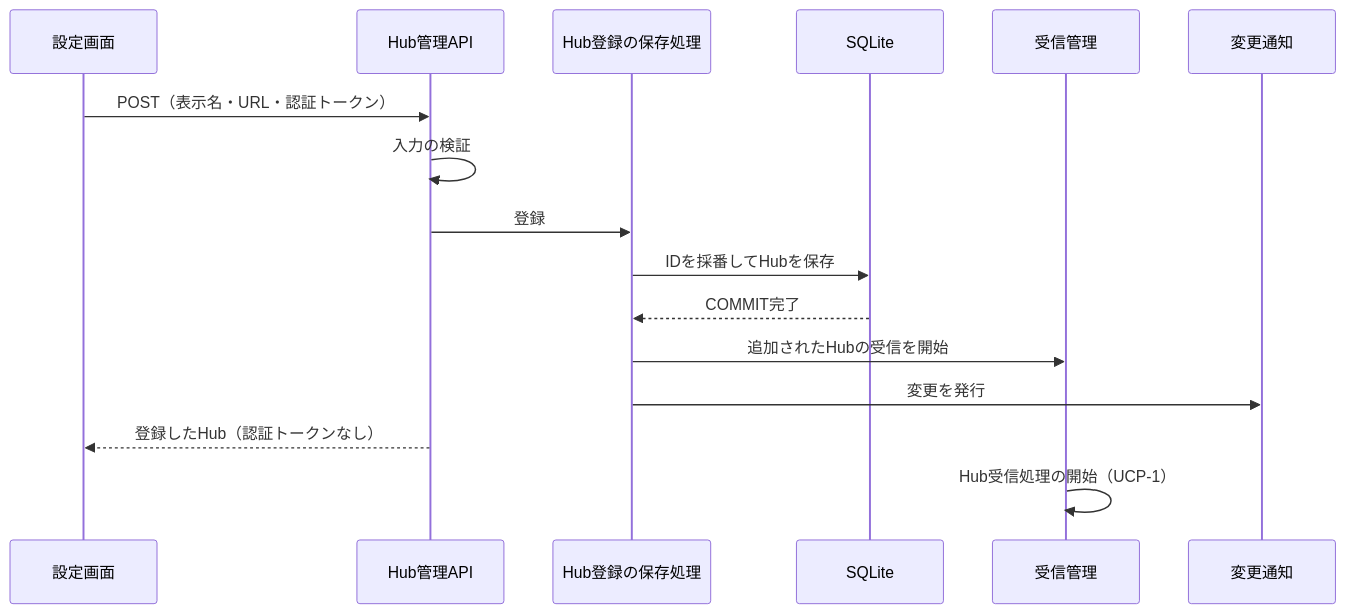
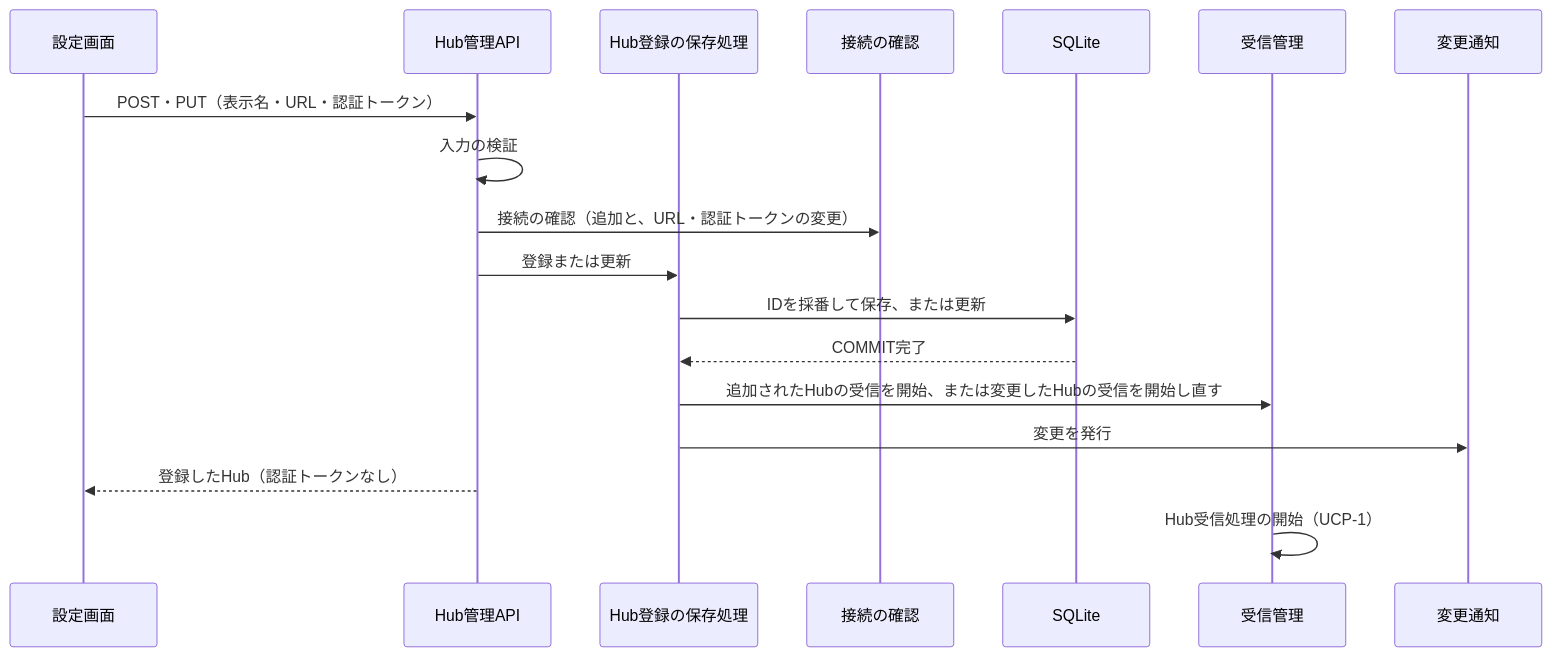
Before and after one commit to nuitsjp/multi-token-monitor: the diagram in docs/design/UCP-4.md, drawn with Mermaid. The commit also changed other lines of this file and 12 other files, not shown here.

````diff
--- a/docs/design/UCP-4.md
+++ b/docs/design/UCP-4.md
@@ -12,18 +13,20 @@
 ```mermaid
 sequenceDiagram
   participant P as 設定画面
   participant A as Hub管理API
   participant S as Hub登録の保存処理
+  participant C as 接続の確認
   participant D as SQLite
   participant M as 受信管理
   participant N as 変更通知
-  P->>A: POST（表示名・URL・認証トークン）
+  P->>A: POST・PUT（表示名・URL・認証トークン）
   A->>A: 入力の検証
-  A->>S: 登録
-  S->>D: IDを採番してHubを保存
+  A->>C: 接続の確認（追加と、URL・認証トークンの変更）
+  A->>S: 登録または更新
+  S->>D: IDを採番して保存、または更新
   D-->>S: COMMIT完了
-  S->>M: 追加されたHubの受信を開始
+  S->>M: 追加されたHubの受信を開始、または変更したHubの受信を開始し直す
   S->>N: 変更を発行
   A-->>P: 登録したHub（認証トークンなし）
   M->>M: Hub受信処理の開始（UCP-1）
 ```
````
